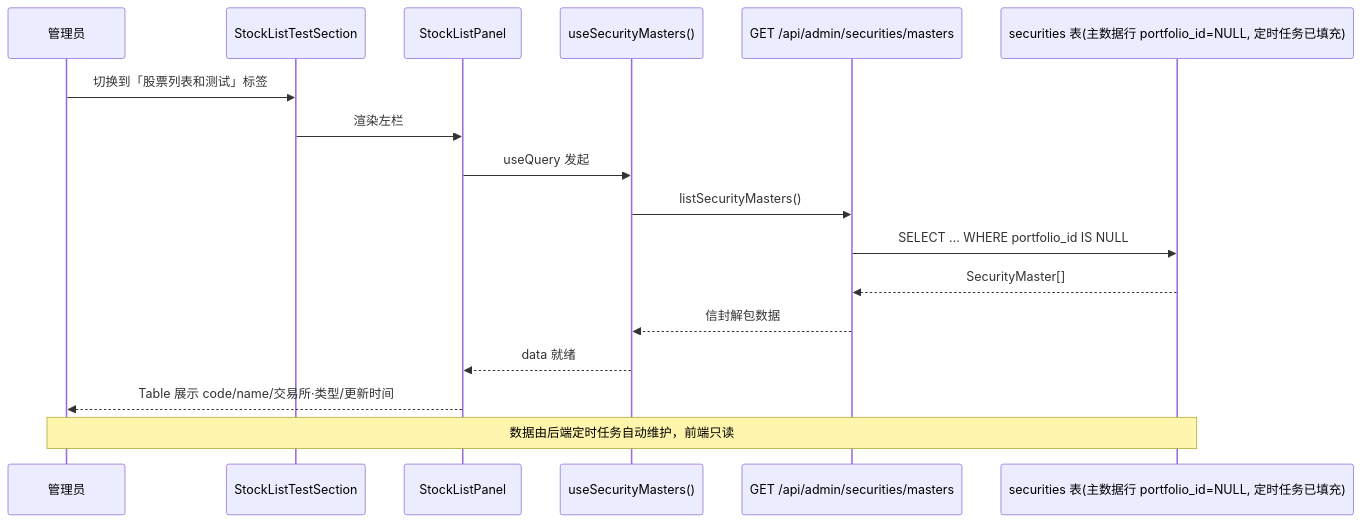
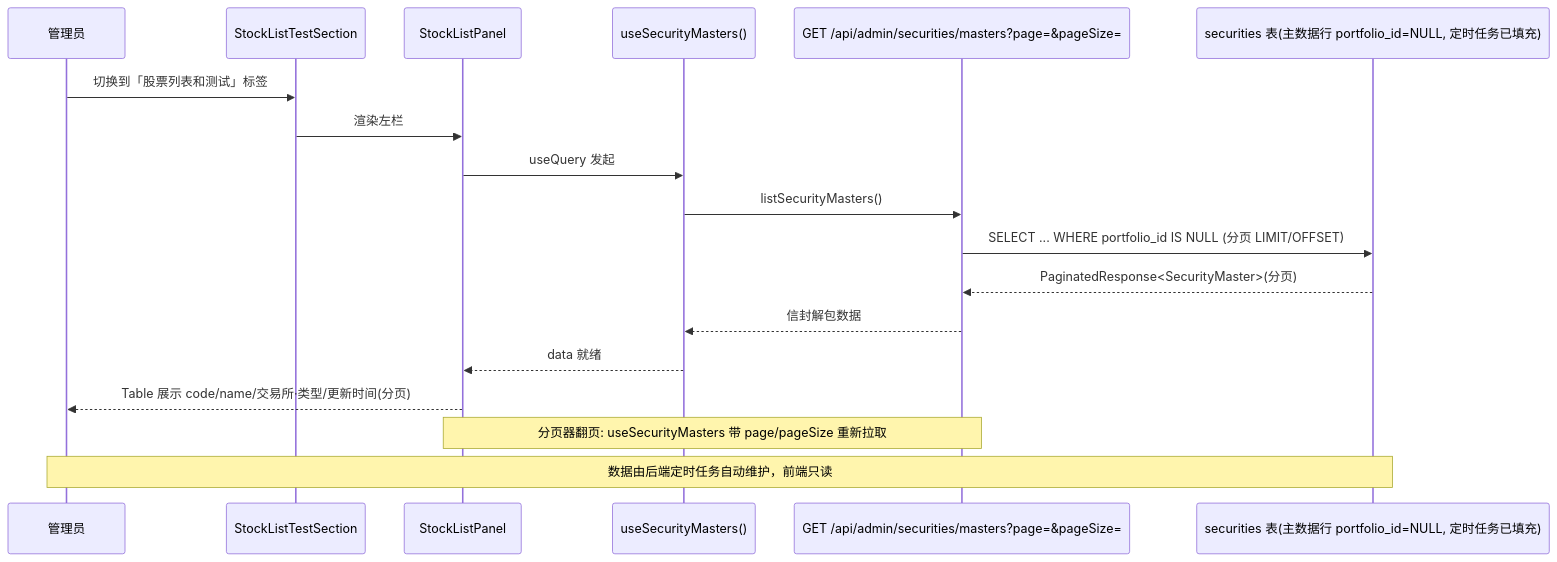
One commit to dolphin738/investment-tracker changed the second of 3 diagrams in docs/stock-list-test-page-design.md. Above: the diagram before and after it, drawn with Mermaid. The commit also changed other lines of this file, not shown here.

````diff
--- a/docs/stock-list-test-page-design.md
+++ b/docs/stock-list-test-page-design.md
@@ -172,20 +176,21 @@
 ```mermaid
 sequenceDiagram
     participant U as 管理员
     participant S as StockListTestSection
     participant P as StockListPanel
     participant H as useSecurityMasters()
-    participant API as GET /api/admin/securities/masters
+    participant API as GET /api/admin/securities/masters?page=&pageSize=
     participant DB as securities 表(主数据行 portfolio_id=NULL, 定时任务已填充)
 
     U->>S: 切换到「股票列表和测试」标签
     S->>P: 渲染左栏
     P->>H: useQuery 发起
     H->>API: listSecurityMasters()
-    API->>DB: SELECT ... WHERE portfolio_id IS NULL
-    DB-->>API: SecurityMaster[]
+    API->>DB: SELECT ... WHERE portfolio_id IS NULL (分页 LIMIT/OFFSET)
+    DB-->>API: PaginatedResponse<SecurityMaster>(分页)
     API-->>H: 信封解包数据
     H-->>P: data 就绪
-    P-->>U: Table 展示 code/name/交易所·类型/更新时间
+    P-->>U: Table 展示 code/name/交易所·类型/更新时间(分页)
+    Note over P,API: 分页器翻页: useSecurityMasters 带 page/pageSize 重新拉取
     Note over U,DB: 数据由后端定时任务自动维护，前端只读
 ```
````
